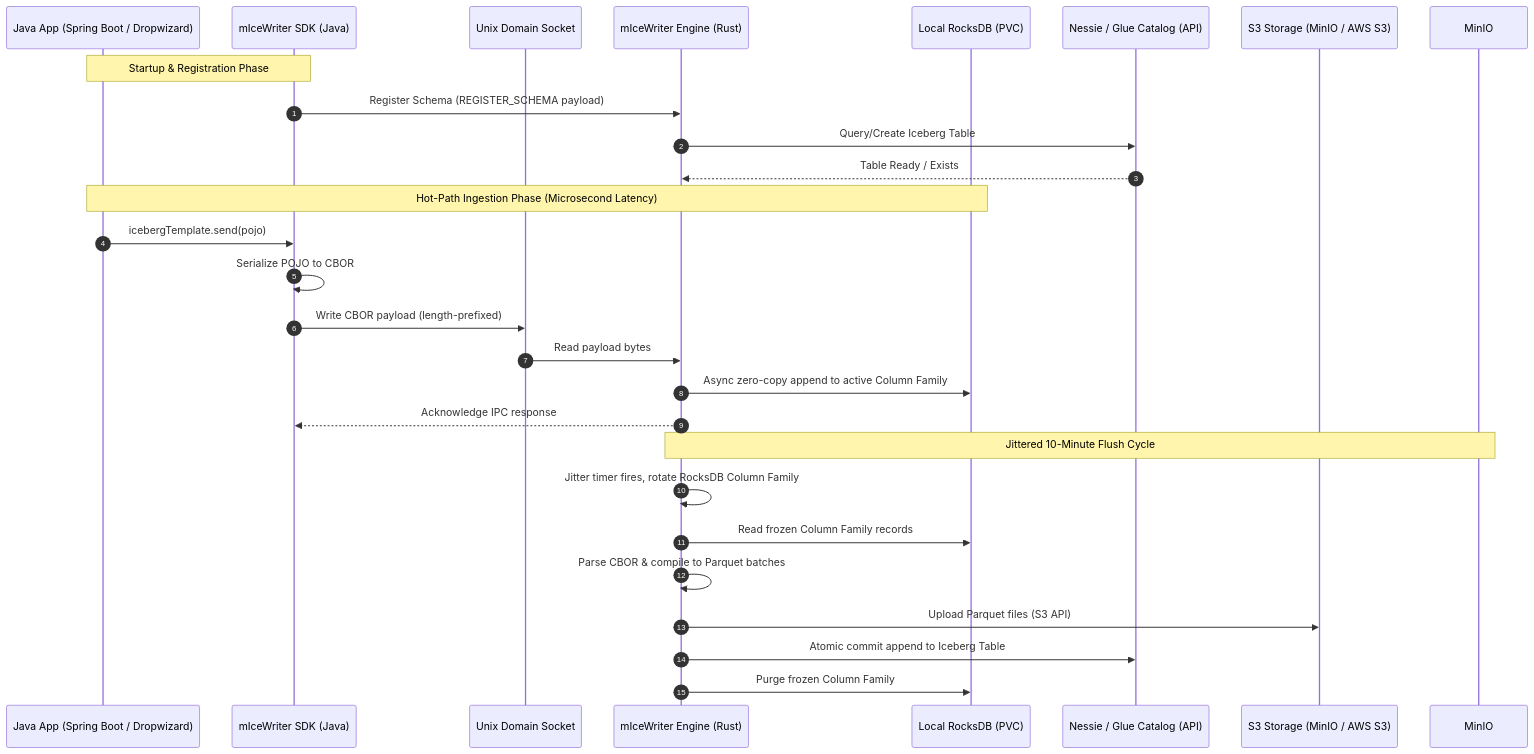
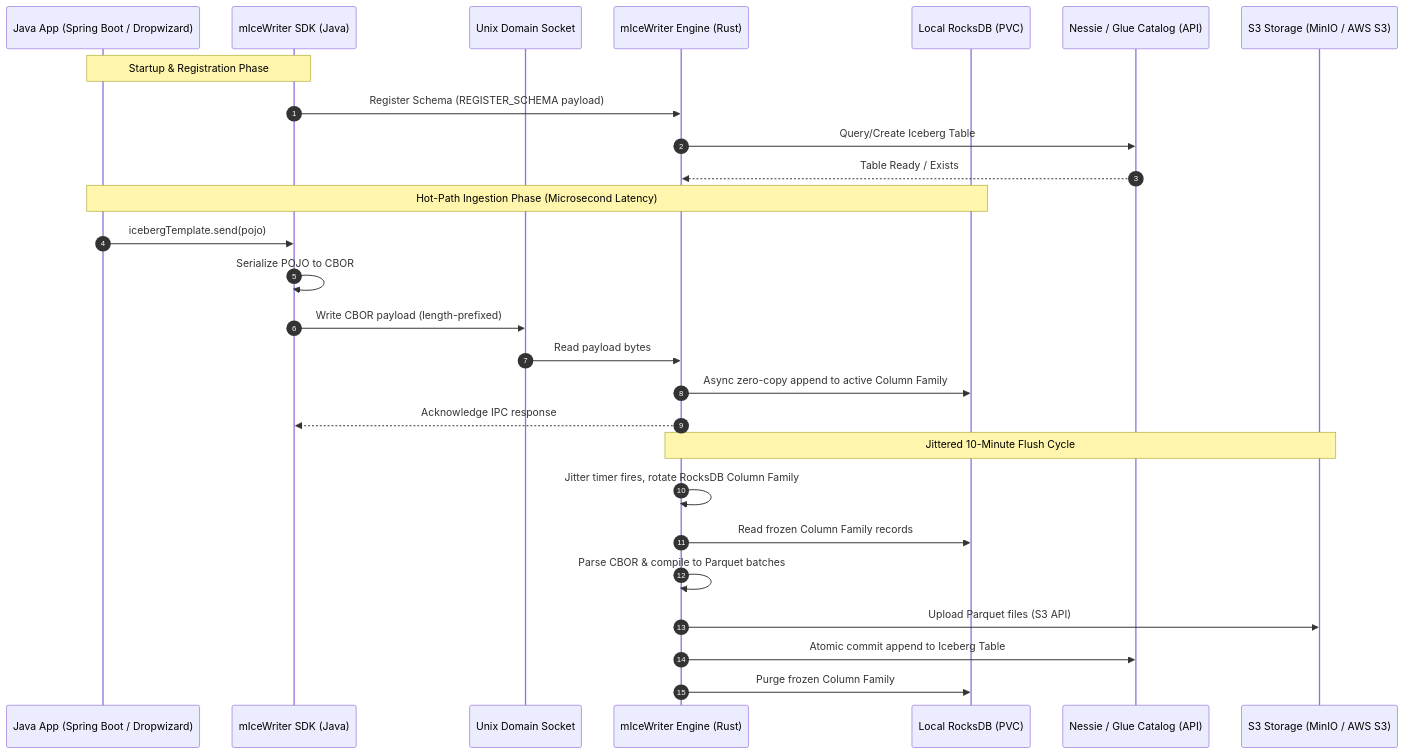
One commit to markovarghese/micewriter-hub changed the diagram in docs/system-overview.md. Above: the diagram before and after it, drawn with Mermaid. The commit also changed other lines of this file and 11 other files, not shown here.

````diff
--- a/docs/system-overview.md
+++ b/docs/system-overview.md
@@ -13,32 +14,32 @@
 ```mermaid
 sequenceDiagram
     autonumber
     participant App as Java App (Spring Boot / Dropwizard)
     participant SDK as mIceWriter SDK (Java)
     participant UDS as Unix Domain Socket
     participant Engine as mIceWriter Engine (Rust)
     participant RocksDB as Local RocksDB (PVC)
     participant Catalog as Nessie / Glue Catalog (API)
     participant ObjectStore as S3 Storage (MinIO / AWS S3)
 
     Note over App,SDK: Startup & Registration Phase
     SDK->>Engine: Register Schema (REGISTER_SCHEMA payload)
     Engine->>Catalog: Query/Create Iceberg Table
     Catalog-->>Engine: Table Ready / Exists
 
     Note over App,RocksDB: Hot-Path Ingestion Phase (Microsecond Latency)
     App->>SDK: icebergTemplate.send(pojo)
     SDK->>SDK: Serialize POJO to CBOR
     SDK->>UDS: Write CBOR payload (length-prefixed)
     UDS->>Engine: Read payload bytes
     Engine->>RocksDB: Async zero-copy append to active Column Family
     Engine-->>SDK: Acknowledge IPC response
 
-    Note over Engine,MinIO: Jittered 10-Minute Flush Cycle
+    Note over Engine,ObjectStore: Jittered 10-Minute Flush Cycle
     Engine->>Engine: Jitter timer fires, rotate RocksDB Column Family
     Engine->>RocksDB: Read frozen Column Family records
     Engine->>Engine: Parse CBOR & compile to Parquet batches
     Engine->>ObjectStore: Upload Parquet files (S3 API)
     Engine->>Catalog: Atomic commit append to Iceberg Table
     Engine->>RocksDB: Purge frozen Column Family
 ```
````
